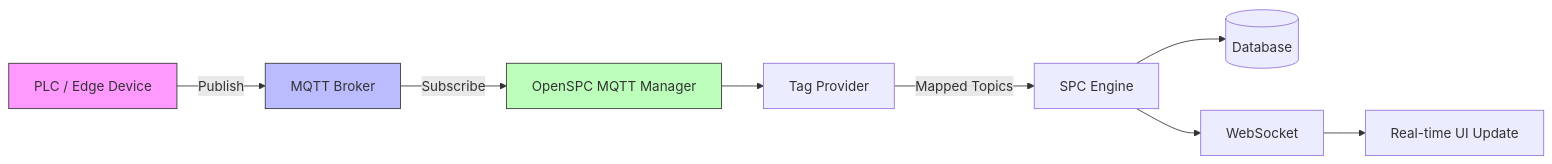
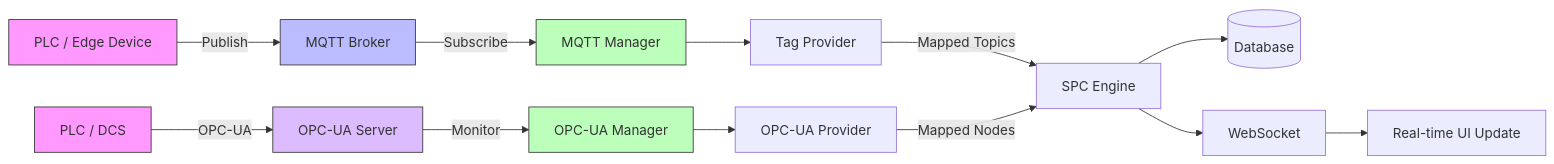
The third of 3 diagrams in docs/administration.md (djbrandl/OpenSPC), drawn with Mermaid before and after one commit. The commit also changed other lines of this file and 25 other files, not shown here.

````diff
--- a/docs/administration.md
+++ b/docs/administration.md
@@ -374,14 +375,21 @@
 ```mermaid
 flowchart LR
-    PLC[PLC / Edge Device] -->|Publish| MQTT[MQTT Broker]
-    MQTT -->|Subscribe| OSP[OpenSPC MQTT Manager]
-    OSP --> TAG[Tag Provider]
+    PLC1[PLC / Edge Device] -->|Publish| MQTT[MQTT Broker]
+    PLC2[PLC / DCS] -->|OPC-UA| OPCUA[OPC-UA Server]
+    MQTT -->|Subscribe| OSP_MQTT[MQTT Manager]
+    OPCUA -->|Monitor| OSP_OPCUA[OPC-UA Manager]
+    OSP_MQTT --> TAG[Tag Provider]
+    OSP_OPCUA --> OPCPROV[OPC-UA Provider]
     TAG -->|Mapped Topics| SPC[SPC Engine]
+    OPCPROV -->|Mapped Nodes| SPC
     SPC --> DB[(Database)]
     SPC --> WS[WebSocket]
     WS --> UI[Real-time UI Update]
 
-    style PLC fill:#f9f,stroke:#333
+    style PLC1 fill:#f9f,stroke:#333
+    style PLC2 fill:#f9f,stroke:#333
     style MQTT fill:#bbf,stroke:#333
-    style OSP fill:#bfb,stroke:#333
+    style OPCUA fill:#dbf,stroke:#333
+    style OSP_MQTT fill:#bfb,stroke:#333
+    style OSP_OPCUA fill:#bfb,stroke:#333
 ```
````
